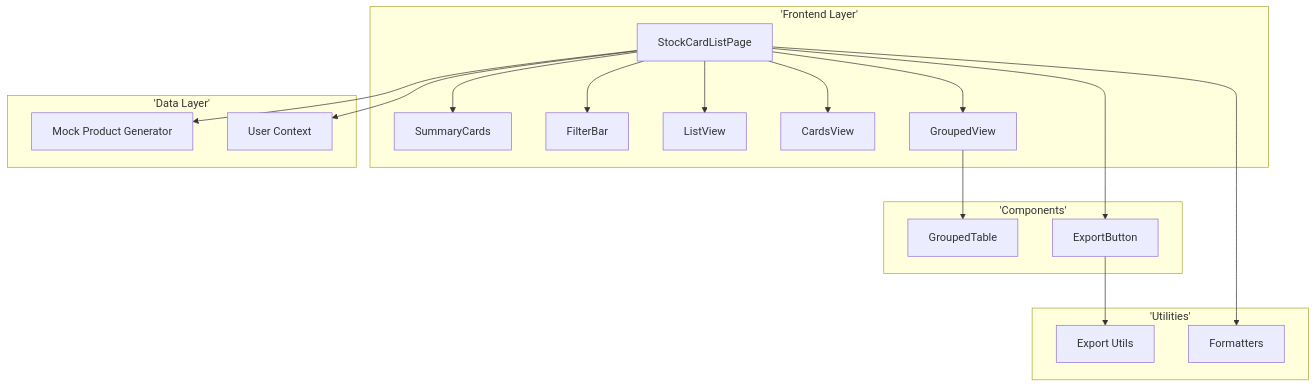
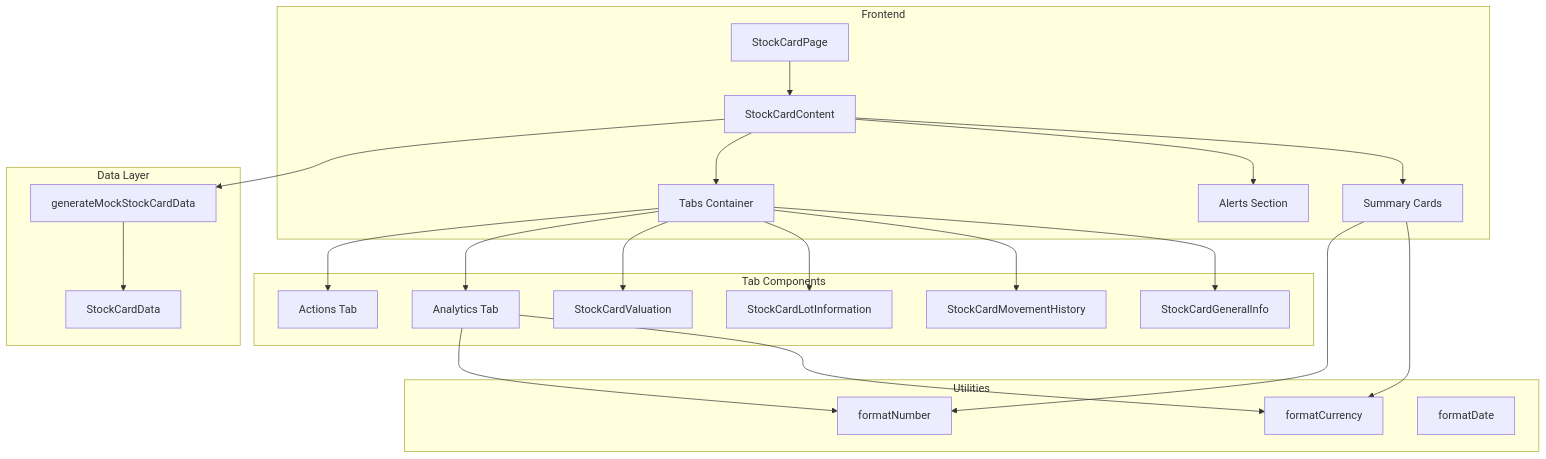
One commit to PeakMNA/carmen changed the first of 3 diagrams in docs/app/inventory-management/stock-overview/stock-cards/TS-stock-cards.md. Above: the diagram before and after it, drawn with Mermaid. The commit also changed other lines of this file and 473 other files, not shown here.

````diff
--- a/docs/app/inventory-management/stock-overview/stock-cards/TS-stock-cards.md
+++ b/docs/app/inventory-management/stock-overview/stock-cards/TS-stock-cards.md
@@ -15,32 +22,36 @@
 ```mermaid
 graph TB
-    subgraph 'Frontend Layer'
-        A[StockCardListPage] --> B[SummaryCards]
-        A --> C[FilterBar]
-        A --> D[ListView]
-        A --> E[CardsView]
-        A --> F[GroupedView]
+    subgraph Frontend
+        A[StockCardPage] --> B[StockCardContent]
+        B --> C[Summary Cards]
+        B --> D[Alerts Section]
+        B --> E[Tabs Container]
     end
 
-    subgraph 'Components'
-        G[GroupedTable]
-        H[ExportButton]
+    subgraph Tab Components
+        E --> F[StockCardGeneralInfo]
+        E --> G[StockCardMovementHistory]
+        E --> H[StockCardLotInformation]
+        E --> I[StockCardValuation]
+        E --> J[Analytics Tab]
+        E --> K[Actions Tab]
     end
 
-    subgraph 'Utilities'
-        I[Export Utils]
-        J[Formatters]
+    subgraph Data Layer
+        L[generateMockStockCardData]
+        M[StockCardData]
     end
 
-    subgraph 'Data Layer'
-        K[Mock Product Generator]
-        L[User Context]
+    subgraph Utilities
+        N[formatCurrency]
+        O[formatNumber]
+        P[formatDate]
     end
 
-    F --> G
-    A --> H
-    H --> I
-    A --> J
-    A --> K
-    A --> L
+    B --> L
+    L --> M
+    C --> N
+    C --> O
+    J --> N
+    J --> O
 ```
````
